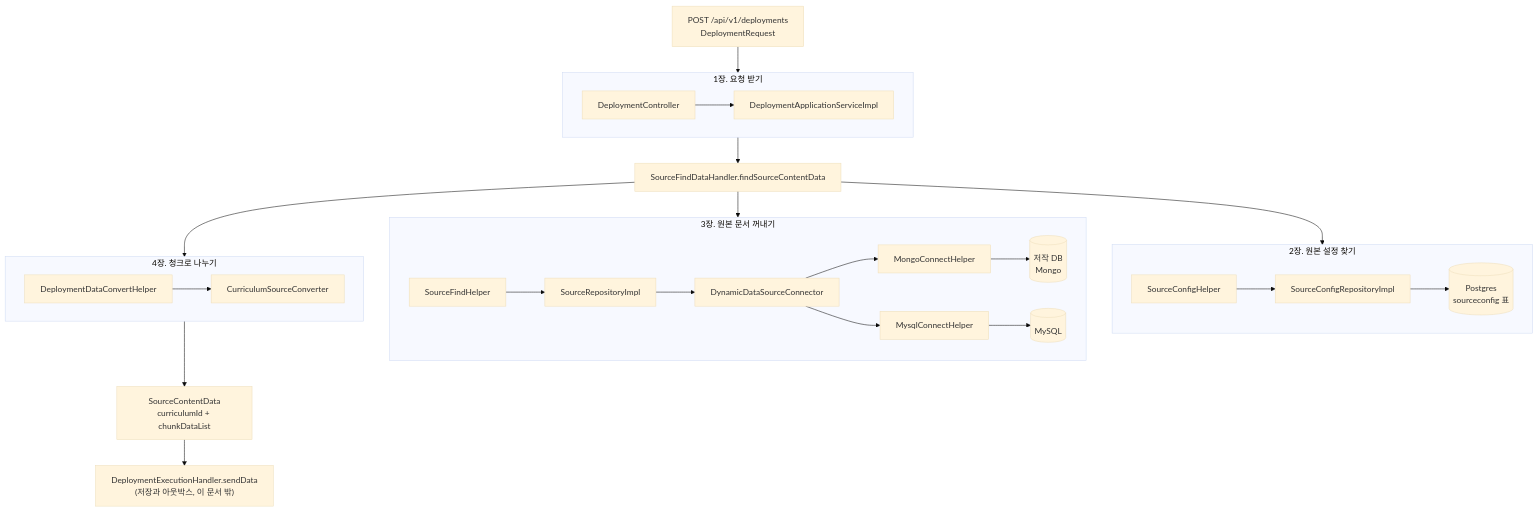
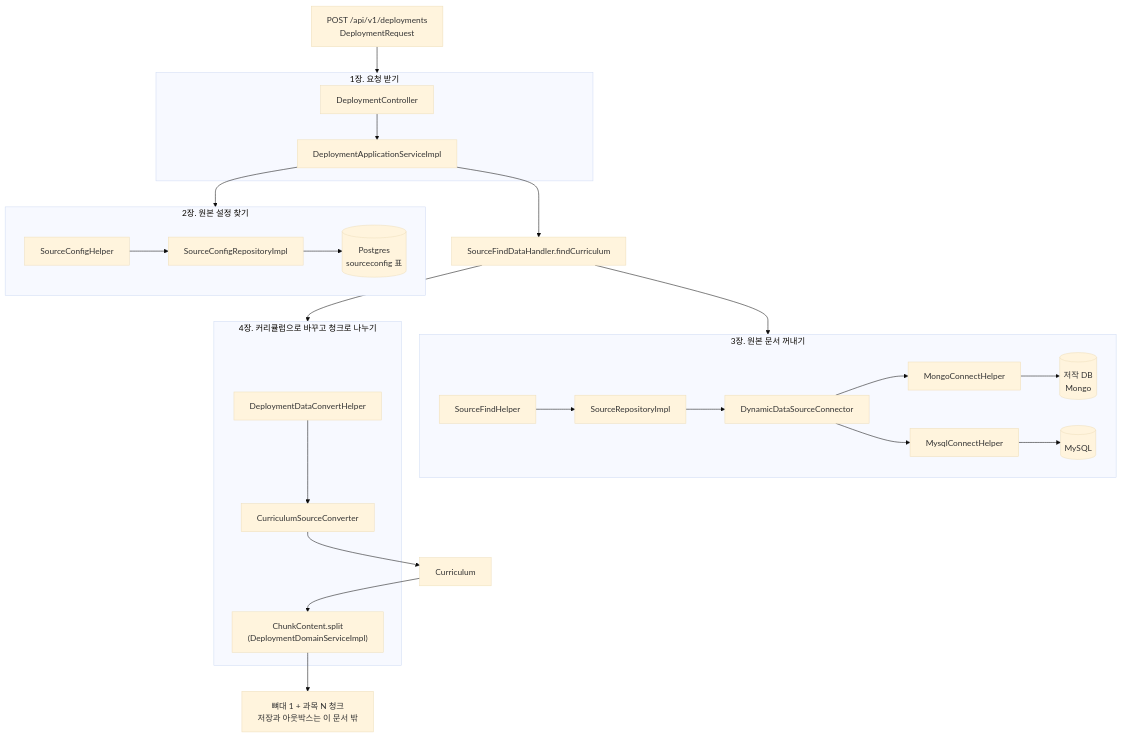
One commit to brunosong/transfersystem changed the first of 15 diagrams in docs/system/source-read.md. Above: the diagram before and after it, drawn with Mermaid (base theme). The commit also changed other lines of this file and 3 other files, not shown here.

````diff
--- a/docs/system/source-read.md
+++ b/docs/system/source-read.md
@@ -11,30 +11,31 @@
 ```mermaid
 flowchart TD
   REQ["POST /api/v1/deployments<br/>DeploymentRequest"] --> P1
 
   subgraph P1["1장. 요청 받기"]
     C[DeploymentController] --> S[DeploymentApplicationServiceImpl]
   end
 
-  P1 --> H[SourceFindDataHandler.findSourceContentData]
-
-  H --> P2
+  S --> P2
   subgraph P2["2장. 원본 설정 찾기"]
     CH[SourceConfigHelper] --> CR[SourceConfigRepositoryImpl] --> PGDB[(Postgres<br/>sourceconfig 표)]
   end
+
+  S --> H[SourceFindDataHandler.findCurriculum]
 
   H --> P3
   subgraph P3["3장. 원본 문서 꺼내기"]
     FH[SourceFindHelper] --> SR[SourceRepositoryImpl] --> DC[DynamicDataSourceConnector]
     DC --> MG[MongoConnectHelper] --> MDB[(저작 DB<br/>Mongo)]
     DC --> MY[MysqlConnectHelper] --> YDB[(MySQL)]
   end
 
   H --> P4
-  subgraph P4["4장. 청크로 나누기"]
+  subgraph P4["4장. 커리큘럼으로 바꾸고 청크로 나누기"]
     DH[DeploymentDataConvertHelper] --> CV[CurriculumSourceConverter]
+    SP["ChunkContent.split<br/>(DeploymentDomainServiceImpl)"]
   end
 
-  P4 --> OUT["SourceContentData<br/>curriculumId + chunkDataList"]
-  OUT --> NEXT["DeploymentExecutionHandler.sendData<br/>(저장과 아웃박스, 이 문서 밖)"]
+  CV --> CUR["Curriculum"] --> SP
+  SP --> NEXT["뼈대 1 + 과목 N 청크<br/>저장과 아웃박스는 이 문서 밖"]
 ```
````
